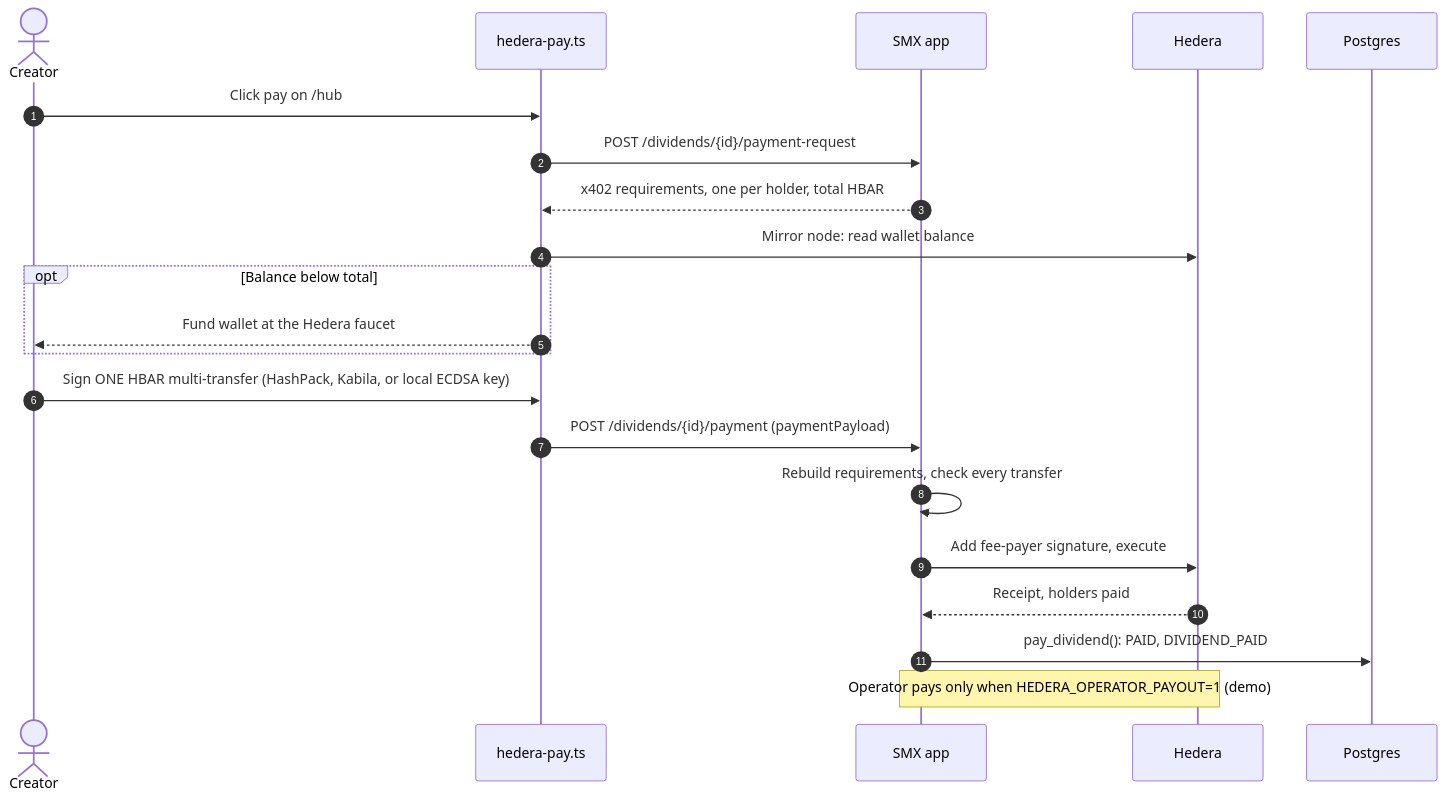
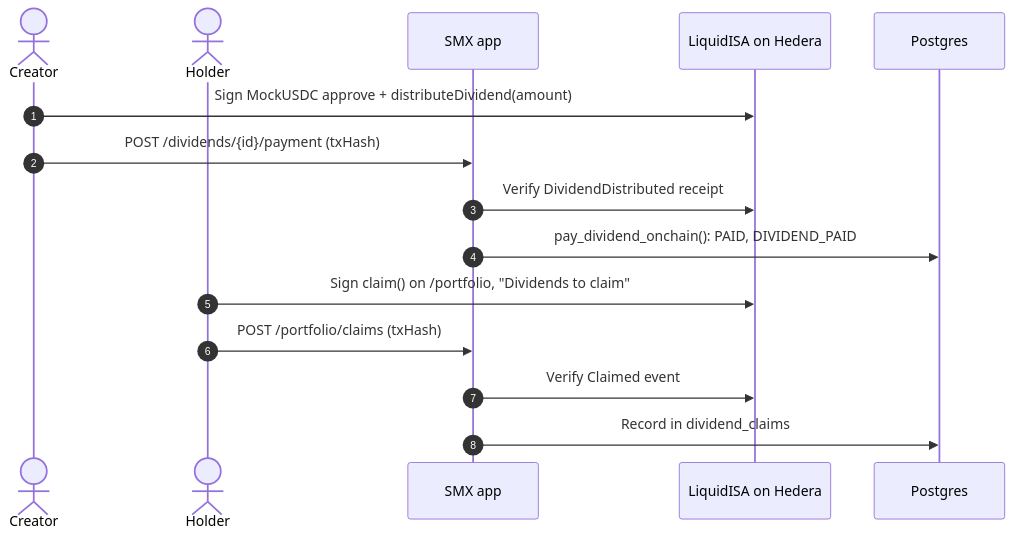
Before and after one commit to predatorx7/stakeme-ex: the sixth of 6 diagrams in docs/user-flows.md, drawn with Mermaid. The commit also changed other lines of this file and 14 other files, not shown here.

Commit message:
Update docs for USDC dividend claims, low-month approvals and the stake rule

````diff
--- a/docs/user-flows.md
+++ b/docs/user-flows.md
@@ -217,24 +224,18 @@
 ```mermaid
 sequenceDiagram
 	autonumber
 	actor Creator
-	participant Browser as hedera-pay.ts
+	actor Holder
 	participant App as SMX app
-	participant Hedera
+	participant Chain as LiquidISA on Hedera
 	participant DB as Postgres
 
-	Creator->>Browser: Click pay on /hub
-	Browser->>App: POST /dividends/{id}/payment-request
-	App-->>Browser: x402 requirements, one per holder, total HBAR
-	Browser->>Hedera: Mirror node: read wallet balance
-	opt Balance below total
-		Browser-->>Creator: Fund wallet at the Hedera faucet
-	end
-	Creator->>Browser: Sign ONE HBAR multi-transfer (HashPack, Kabila, or local ECDSA key)
-	Browser->>App: POST /dividends/{id}/payment (paymentPayload)
-	App->>App: Rebuild requirements, check every transfer
-	App->>Hedera: Add fee-payer signature, execute
-	Hedera-->>App: Receipt, holders paid
-	App->>DB: pay_dividend(): PAID, DIVIDEND_PAID
-	Note over App,Hedera: Operator pays only when HEDERA_OPERATOR_PAYOUT=1 (demo)
+	Creator->>Chain: Sign MockUSDC approve + distributeDividend(amount)
+	Creator->>App: POST /dividends/{id}/payment (txHash)
+	App->>Chain: Verify DividendDistributed receipt
+	App->>DB: pay_dividend_onchain(): PAID, DIVIDEND_PAID
+	Holder->>Chain: Sign claim() on /portfolio, "Dividends to claim"
+	Holder->>App: POST /portfolio/claims (txHash)
+	App->>Chain: Verify Claimed event
+	App->>DB: Record in dividend_claims
 ```
````
